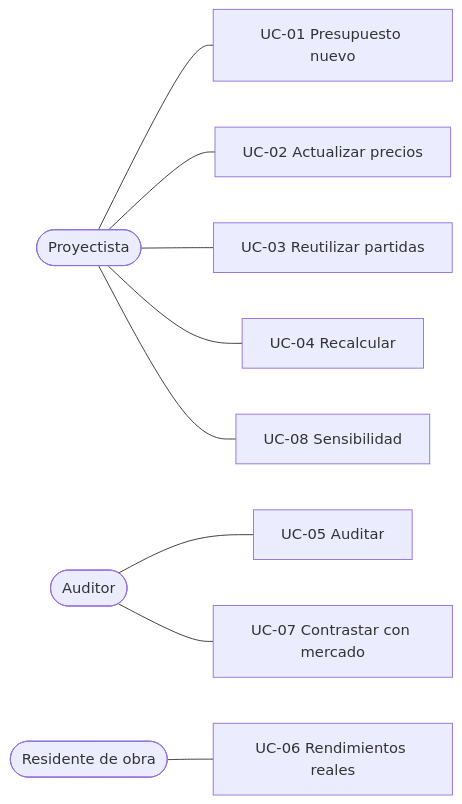
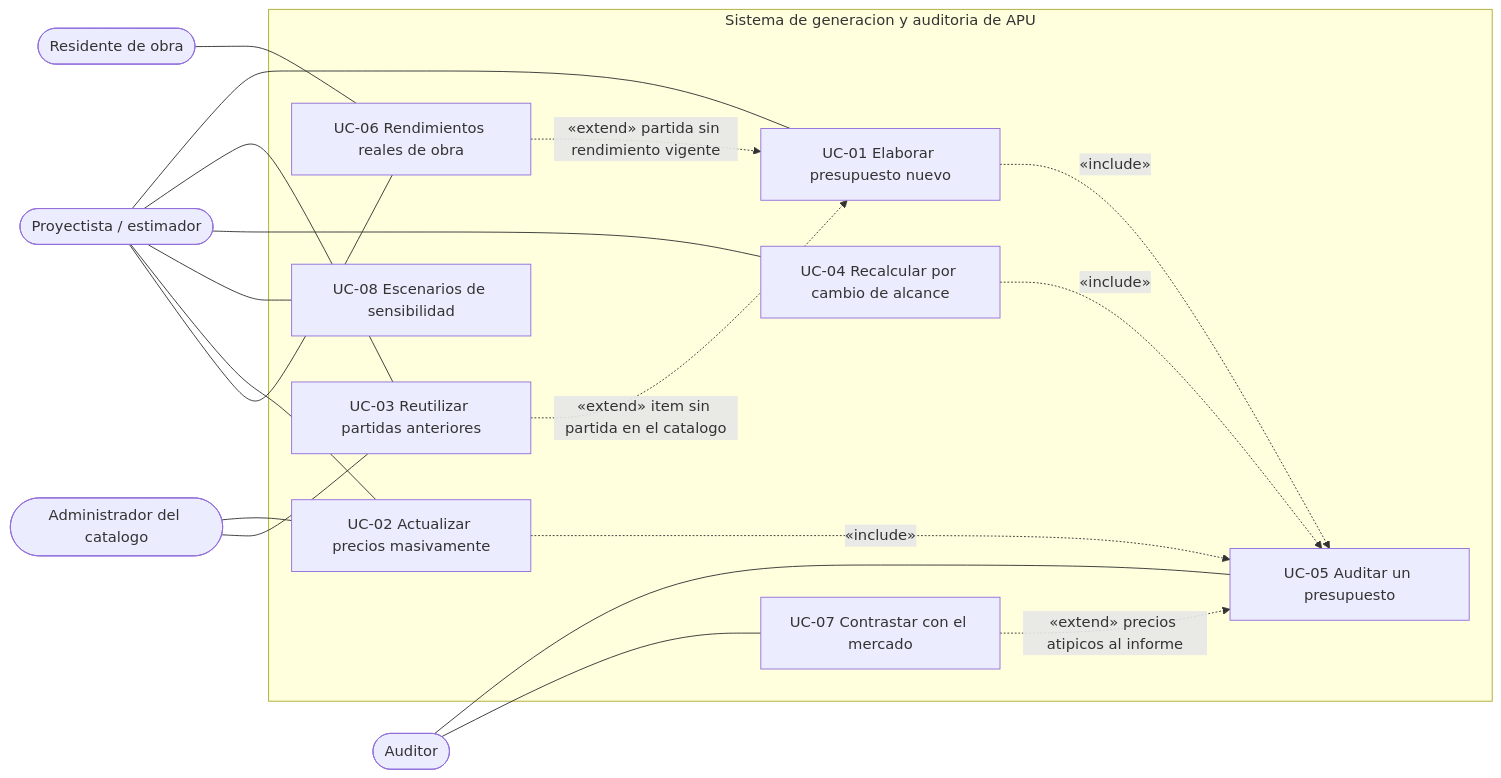
Before and after one commit to EugenioRRijo/ARENIA: the first of 8 diagrams in docs/arquitectura.md, drawn with Mermaid. The commit also changed other lines of this file and 1 other file, not shown here.

First line of the commit message:
docs(arq): vistas 4+1 y diagramas UML

````diff
--- a/docs/arquitectura.md
+++ b/docs/arquitectura.md
@@ -30,11 +46,37 @@
 ```mermaid
 flowchart LR
-    P([Proyectista]) --- UC01[UC-01 Presupuesto nuevo]
-    P --- UC02[UC-02 Actualizar precios]
-    P --- UC03[UC-03 Reutilizar partidas]
-    P --- UC04[UC-04 Recalcular]
-    P --- UC08[UC-08 Sensibilidad]
-    A([Auditor]) --- UC05[UC-05 Auditar]
-    A --- UC07[UC-07 Contrastar con mercado]
-    R([Residente de obra]) --- UC06[UC-06 Rendimientos reales]
+    P(["Proyectista / estimador"])
+    ADM(["Administrador del catalogo"])
+    A(["Auditor"])
+    R(["Residente de obra"])
+
+    subgraph sistema["Sistema de generacion y auditoria de APU"]
+        UC01["UC-01 Elaborar presupuesto nuevo"]
+        UC02["UC-02 Actualizar precios masivamente"]
+        UC03["UC-03 Reutilizar partidas anteriores"]
+        UC04["UC-04 Recalcular por cambio de alcance"]
+        UC05["UC-05 Auditar un presupuesto"]
+        UC06["UC-06 Rendimientos reales de obra"]
+        UC07["UC-07 Contrastar con el mercado"]
+        UC08["UC-08 Escenarios de sensibilidad"]
+    end
+
+    P --- UC01
+    P --- UC03
+    P --- UC04
+    P --- UC08
+    P --- UC02
+    ADM --- UC02
+    ADM --- UC03
+    A --- UC05
+    A --- UC07
+    R --- UC06
+    P --- UC06
+
+    UC01 -.->|"«include»"| UC05
+    UC02 -.->|"«include»"| UC05
+    UC04 -.->|"«include»"| UC05
+    UC03 -.->|"«extend» item sin partida en el catalogo"| UC01
+    UC06 -.->|"«extend» partida sin rendimiento vigente"| UC01
+    UC07 -.->|"«extend» precios atipicos al informe"| UC05
 ```
````
